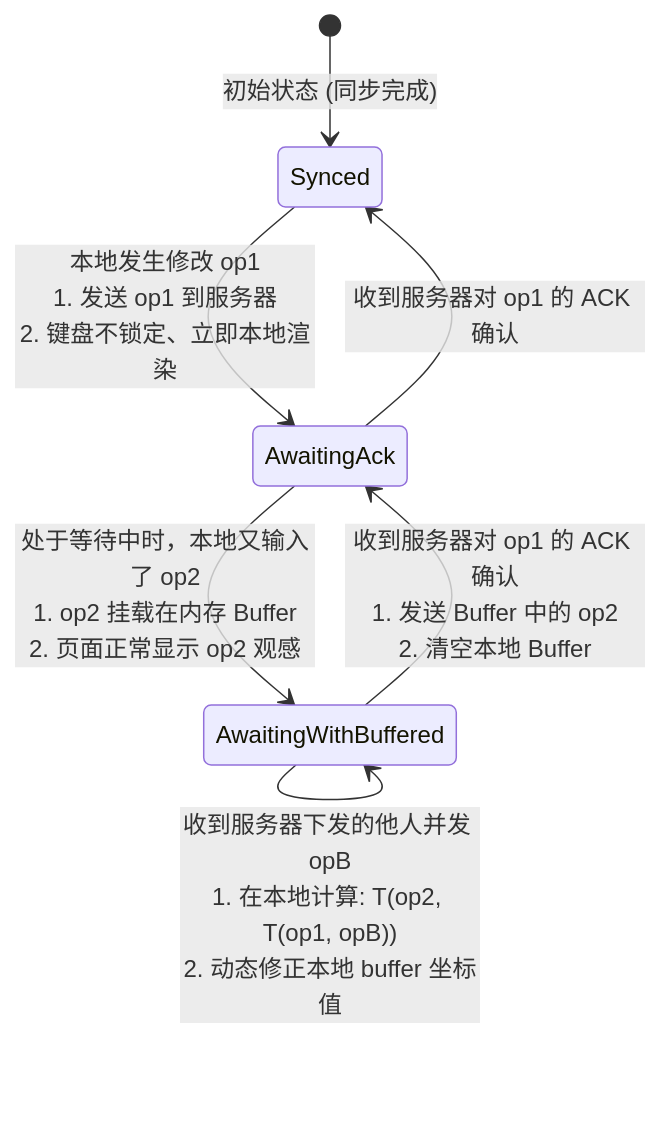
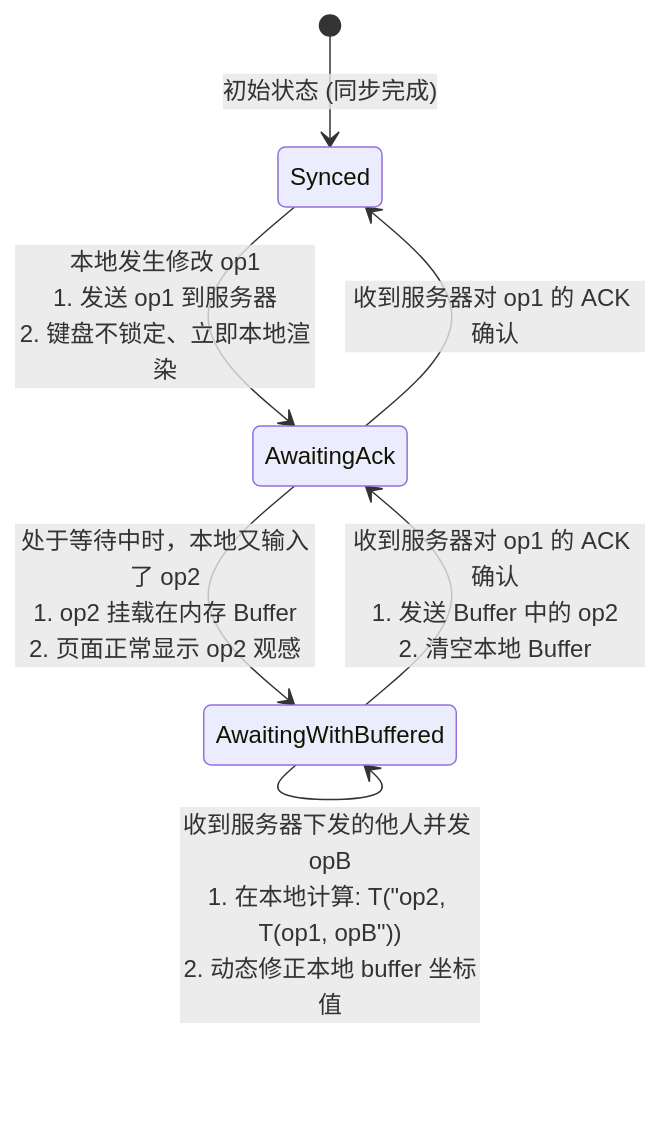
The fourth of 5 diagrams in docs/atlas/google-docs.mdx (koosai/AI-Architect-Learning), drawn with Mermaid before and after one commit. The commit also changed other lines of this file and 187 other files, not shown here.

Commit message:
fix(mermaid): fix all unquoted parens and edge label syntax errors across all docs

````diff
--- a/docs/atlas/google-docs.mdx
+++ b/docs/atlas/google-docs.mdx
@@ -223,14 +223,14 @@
 ```mermaid
 stateDiagram-v2
     [*] --> Synced: 初始状态 (同步完成)
     
     Synced --> AwaitingAck: 本地发生修改 op1<br/>1. 发送 op1 到服务器<br/>2. 键盘不锁定、立即本地渲染
     
     AwaitingAck --> Synced: 收到服务器对 op1 的 ACK 确认
     
     AwaitingAck --> AwaitingWithBuffered: 处于等待中时，本地又输入了 op2<br/>1. op2 挂载在内存 Buffer<br/>2. 页面正常显示 op2 观感
     
     AwaitingWithBuffered --> AwaitingAck: 收到服务器对 op1 的 ACK 确认<br/>1. 发送 Buffer 中的 op2<br/>2. 清空本地 Buffer
     
-    AwaitingWithBuffered --> AwaitingWithBuffered: 收到服务器下发的他人并发 opB<br/>1. 在本地计算: T(op2, T(op1, opB))<br/>2. 动态修正本地 buffer 坐标值
+    AwaitingWithBuffered --> AwaitingWithBuffered: 收到服务器下发的他人并发 opB<br/>1. 在本地计算: T("op2, T(op1, opB"))<br/>2. 动态修正本地 buffer 坐标值
 ```
````
